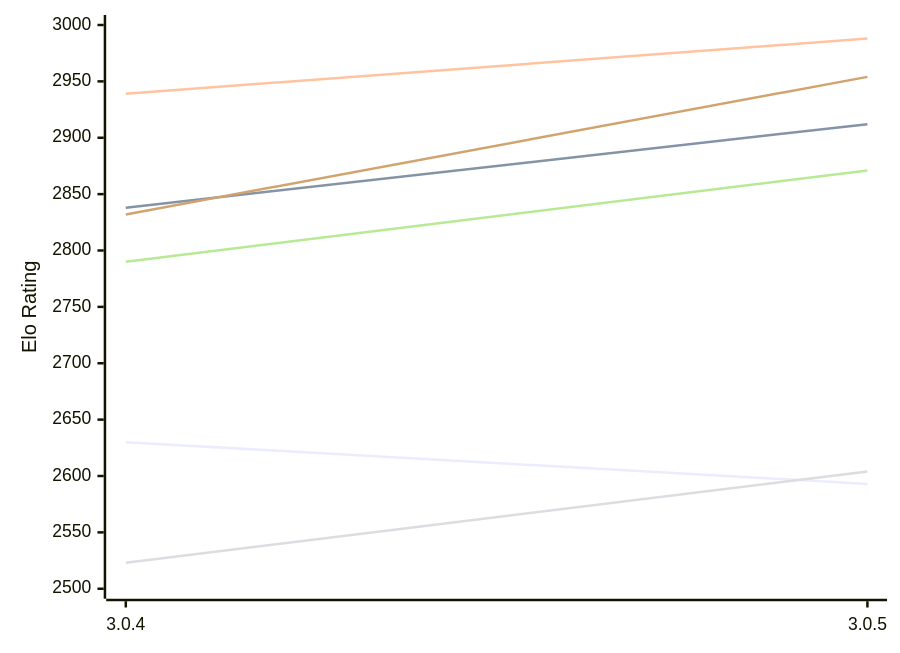
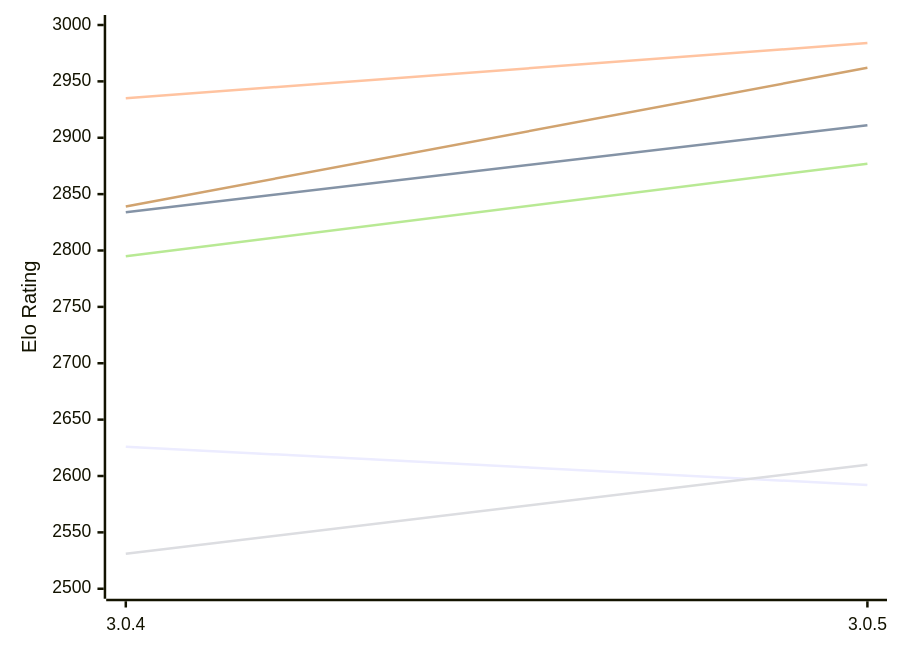
One commit to computer-chess-index/cci changed the first of 2 diagrams in engines/Rudim.md. Above: the diagram before and after it, drawn with Mermaid. The commit also changed other lines of this file, not shown here.

Commit message:
Update CCI Ratings (ELO VLTC) - 2026-11-21

````diff
--- a/engines/Rudim.md
+++ b/engines/Rudim.md
@@ -59,12 +59,12 @@
 ```mermaid
 %%{init: {"theme":"base","themeVariables":{"seriesColors:['#a3a3a3','#222221','#faa371']}}}%%
 xychart-beta
   x-axis ["3.0.4", "3.0.5"]
   y-axis "Elo Rating" 2500 --> 3000
-  line "E1: STC (8.0+0.08s)" [2630, 2593]
-  line "E1: LTC (60.0+0.60s)" [2838, 2912]
-  line "E1: VLTC (2m24s+1.12s)" [2939, 2988]
-  line "P1: STC (8.0+0.08s)" [2523, 2604]
-  line "P1: LTC (60.0+0.60s)" [2790, 2871]
-  line "P1: VLTC (2m24s+1.12s)" [2832, 2954]
+  line "E1: STC (8.0+0.08s)" [2626, 2592]
+  line "E1: LTC (60.0+0.60s)" [2834, 2911]
+  line "E1: VLTC (2m24s+1.12s)" [2935, 2984]
+  line "P1: STC (8.0+0.08s)" [2531, 2610]
+  line "P1: LTC (60.0+0.60s)" [2795, 2877]
+  line "P1: VLTC (2m24s+1.12s)" [2839, 2962]
 ```
````
